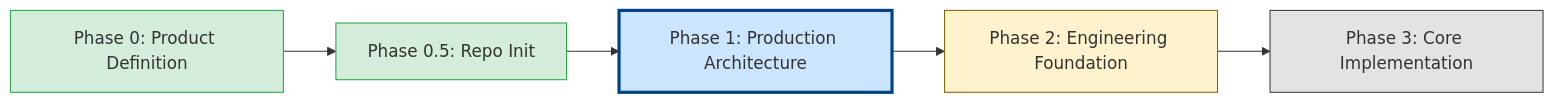
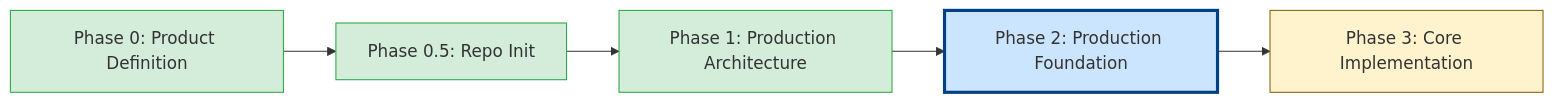
One commit to Vish-0806/MerQent changed the first of 2 diagrams in README.md. Above: the diagram before and after it, drawn with Mermaid. The commit also changed other lines of this file and 34 other files, not shown here.

````diff
--- a/README.md
+++ b/README.md
@@ -48,13 +50,13 @@
 ```mermaid
 graph LR
     P0[Phase 0: Product Definition] --> P05[Phase 0.5: Repo Init]
     P05 --> P1[Phase 1: Production Architecture]
-    P1 --> P2[Phase 2: Engineering Foundation]
+    P1 --> P2[Phase 2: Production Foundation]
     P2 --> P3[Phase 3: Core Implementation]
-    
+
     style P0 fill:#d4edda,stroke:#28a745
     style P05 fill:#d4edda,stroke:#28a745
-    style P1 fill:#cce5ff,stroke:#004085,stroke-width:3px
-    style P2 fill:#fff3cd,stroke:#856404
-    style P3 fill:#e2e3e5,stroke:#383d41
+    style P1 fill:#d4edda,stroke:#28a745
+    style P2 fill:#cce5ff,stroke:#004085,stroke-width:3px
+    style P3 fill:#fff3cd,stroke:#856404
 ```
````
